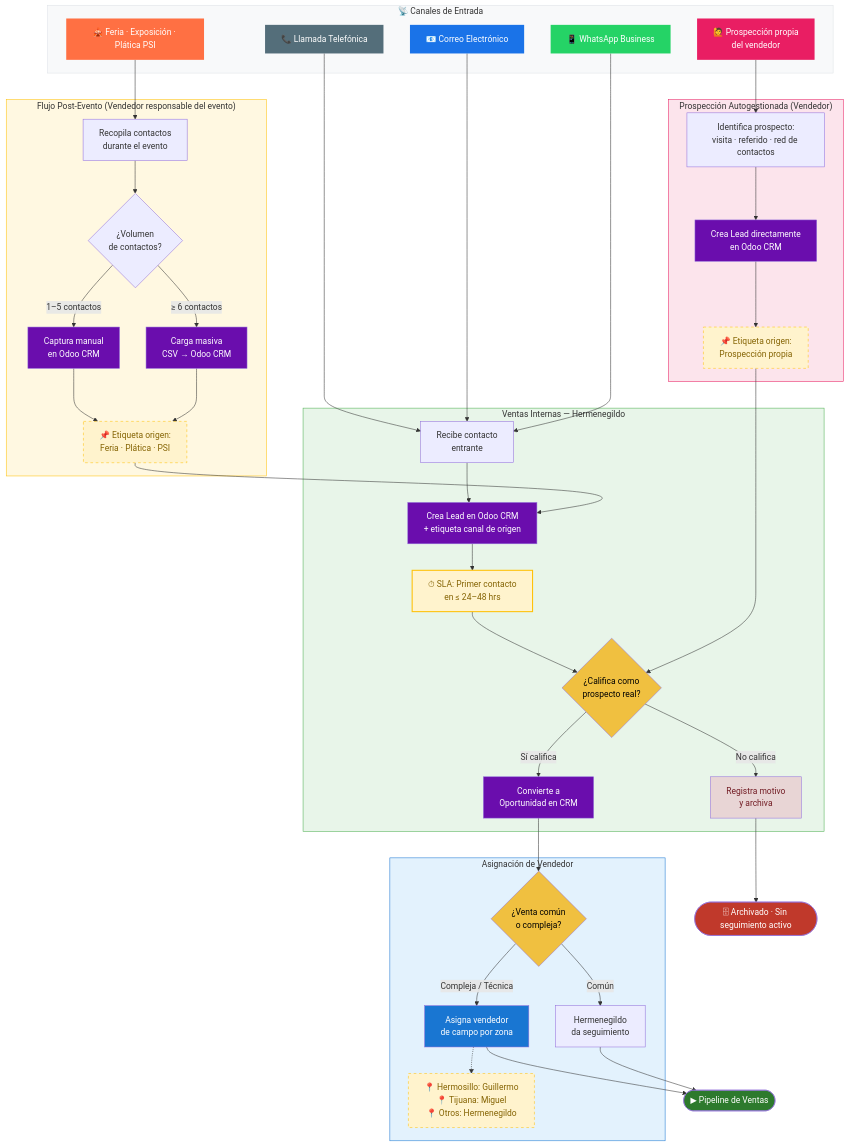
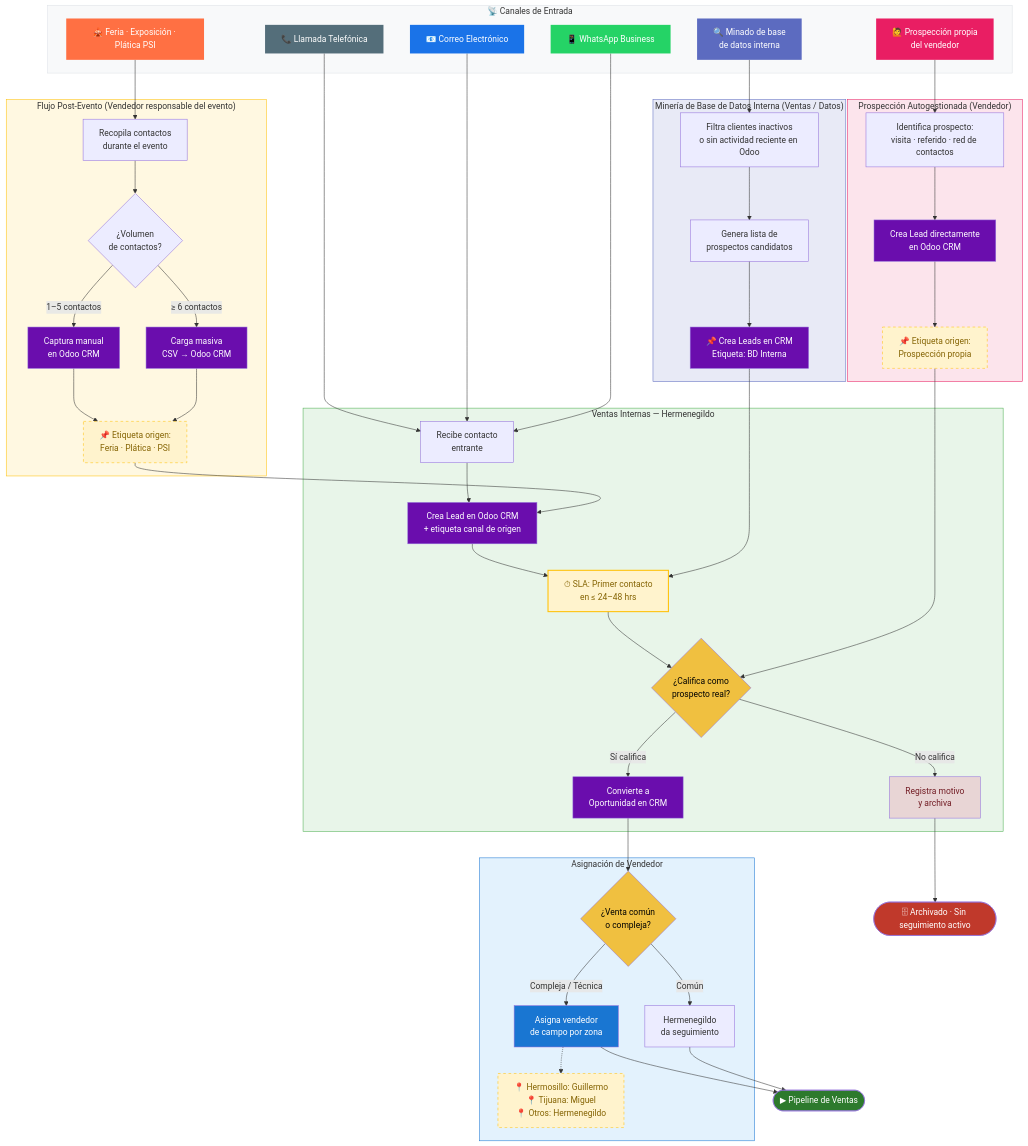
One commit to iabo/coinsa-crm changed the diagram in 000-Anexos/flujo-Outbound.md. Above: the diagram before and after it, drawn with Mermaid. The commit also changed other lines of this file and 8 other files, not shown here.

````diff
--- a/000-Anexos/flujo-Outbound.md
+++ b/000-Anexos/flujo-Outbound.md
@@ -11,6 +11,7 @@
         C3["📞 Llamada Telefónica"]
         C4["🎪 Feria · Exposición · Plática PSI"]
         C5["🙋 Prospección propia\ndel vendedor"]
+        C6["🔍 Minado de base\nde datos interna"]
     end
 
     subgraph EVENTO["Flujo Post-Evento  (Vendedor responsable del evento)"]
@@ -25,6 +26,12 @@
         P1["Identifica prospecto:\nvisita · referido · red de contactos"]
         P2["Crea Lead directamente\nen Odoo CRM"]
         P3["📌 Etiqueta origen:\nProspección propia"]
+    end
+
+    subgraph MINADO["Minería de Base de Datos Interna  (Ventas / Datos)"]
+        M1["Filtra clientes inactivos\no sin actividad reciente en Odoo"]
+        M2["Genera lista de\nprospectos candidatos"]
+        M3["📌 Crea Leads en CRM\nEtiqueta: BD Interna"]
     end
 
     subgraph HERME["Ventas Internas — Hermenegildo"]
@@ -51,6 +58,10 @@
 
     %% Canal de prospección propia → flujo autogestionado
     C5 --> P1
+    C6 --> M1
+    M1 --> M2
+    M2 --> M3
+    M3 --> SLA
     P1 --> P2
     P2 --> P3
     P3 --> H3
@@ -109,4 +120,7 @@
 
     style PIPE fill:#2d7a2d,color:#fff
     style ARCH fill:#c0392b,color:#fff
+    style C6 fill:#5c6bc0,color:#fff,stroke:none
+    style MINADO fill:#e8eaf6,stroke:#5c6bc0
+    style M3 fill:#6a0dad,color:#fff
 ```
````
